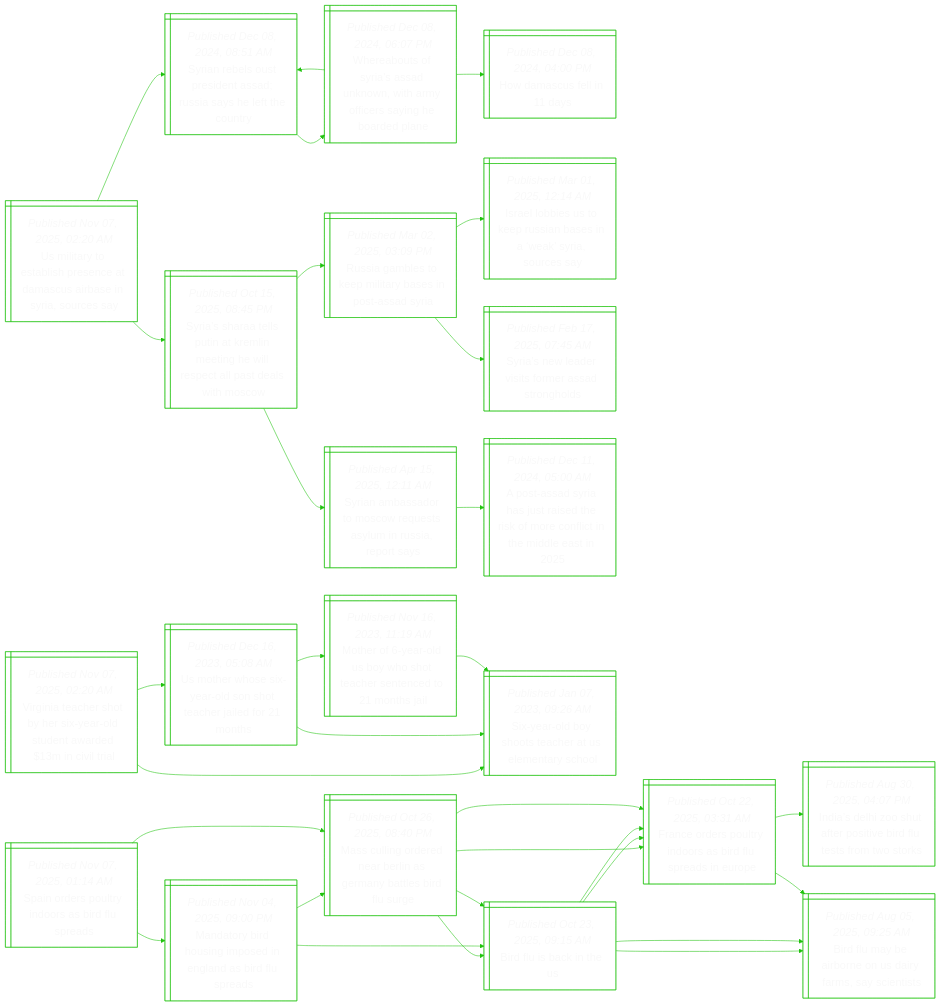
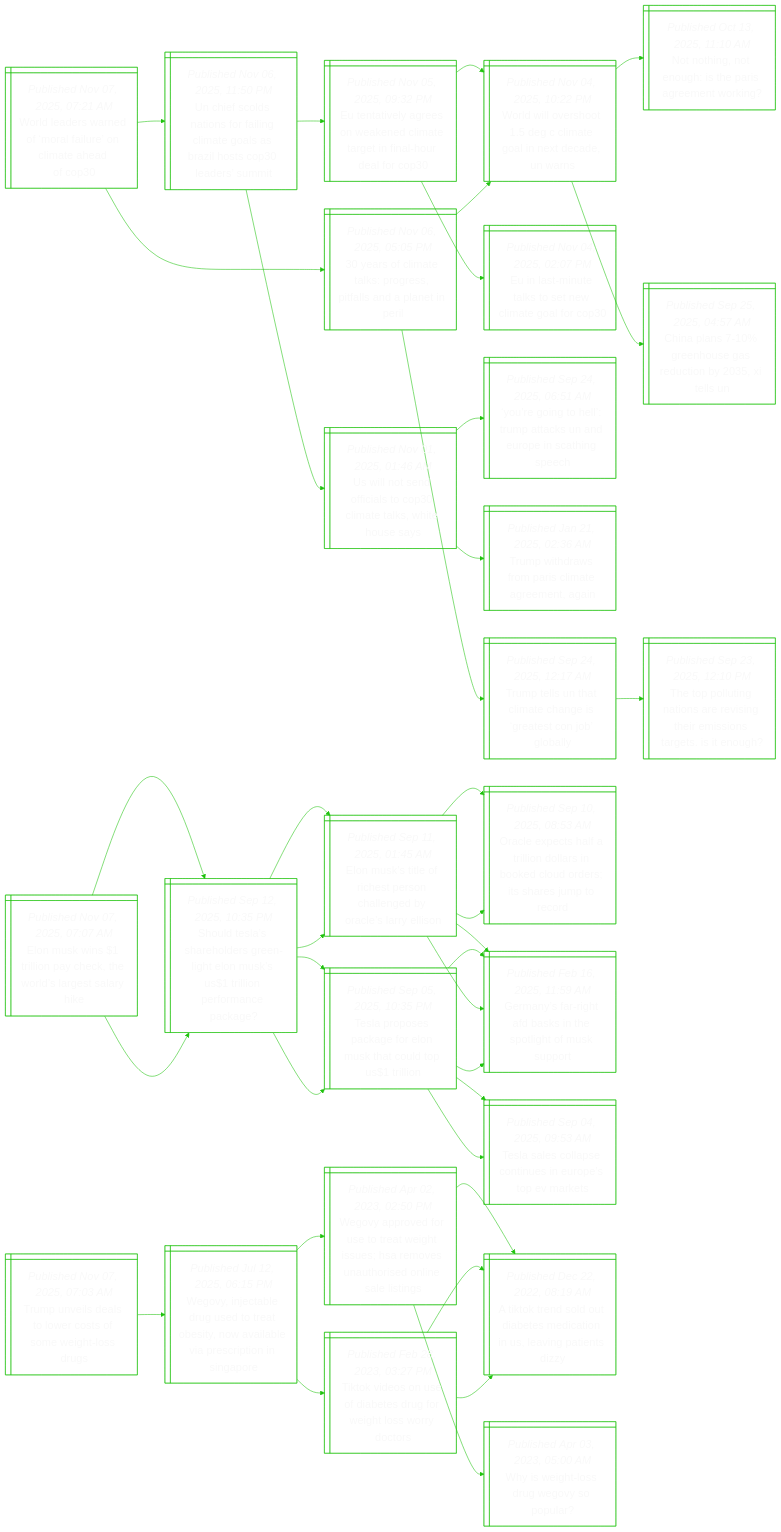
One commit to notJmes/notJmes changed the diagram in README.md. Above: the diagram before and after it, drawn with Mermaid. The commit also changed other lines of this file, not shown here.

````diff
--- a/README.md
+++ b/README.md
@@ -16,103 +16,118 @@
 flowchart LR
 classDef txtsize font-size:20px;
 
-Uitahetsierus@{ shape: win-pane, label: "_Published Nov 07, 2025, 02:20 AM_
-Us military to establish presence at damascus airbase in syria, sources say" }
-SnltiARahtoy@{ shape: win-pane, label: "_Published Dec 08, 2024, 08:51 AM_
-Syrian rebels oust president assad; russia says he left the country" }
-Wasrsnnafriben@{ shape: win-pane, label: "_Published Dec 08, 2024, 06:07 PM_
-Whereabouts of syria's assad unknown, with army officers saying he boarded plane" }
-SnltiARahtoy@{ shape: win-pane, label: "_Published Dec 08, 2024, 08:51 AM_
-Syrian rebels oust president assad; russia says he left the country" }
-Hmsis@{ shape: win-pane, label: "_Published Dec 08, 2024, 04:00 PM_
-How damascus fell in 11 days" }
-Ssalirniwetaatc@{ shape: win-pane, label: "_Published Oct 15, 2025, 08:45 PM_
-Syria’s sharaa tells putin at kremlin meeting he will respect all past deals with moscow" }
-Ralkireosr@{ shape: win-pane, label: "_Published Mar 02, 2025, 03:09 PM_
-Russia gambles to keep military bases in post-assad syria" }
-IlitpisaSse@{ shape: win-pane, label: "_Published Mar 01, 2025, 12:14 AM_
-Israel lobbies us to keep russian bases in a ‘weak’ syria, sources say" }
-Ssevseaol@{ shape: win-pane, label: "_Published Feb 17, 2025, 07:45 AM_
-Syria’s new leader visits former assad strongholds" }
-SnsrsetlRars@{ shape: win-pane, label: "_Published Apr 15, 2025, 12:11 AM_
-Syrian ambassador to moscow requests asylum in russia, report says" }
-AAShsseoelniEn@{ shape: win-pane, label: "_Published Dec 11, 2024, 05:00 AM_
-A post-assad syria has just raised the risk of more conflict in the middle east in 2025" }
+WlrnmfrledP@{ shape: win-pane, label: "_Published Nov 07, 2025, 07:21 AM_
+World leaders warned of ‘moral failure’ on climate ahead of cop30" }
+UeltfictlrhCast@{ shape: win-pane, label: "_Published Nov 06, 2025, 11:50 PM_
+Un chief scolds nations for failing climate goals as brazil hosts cop30 leaders’ summit" }
+EterneleeioaC@{ shape: win-pane, label: "_Published Nov 05, 2025, 09:32 PM_
+Eu tentatively agrees on weakened climate target in final-hour deal for cop30" }
+WwvogmoneUn@{ shape: win-pane, label: "_Published Nov 04, 2025, 10:22 PM_
+World will overshoot 1.5 deg c climate goal in next decade, un warns" }
+Eanaoemor@{ shape: win-pane, label: "_Published Nov 04, 2025, 02:07 PM_
+Eu in last-minute talks to set new climate goal for cop30" }
+UleflOmahoa@{ shape: win-pane, label: "_Published Nov 01, 2025, 01:46 AM_
+Us will not send officials to cop30 climate talks, white house says" }
+Ygtlpcarnhp@{ shape: win-pane, label: "_Published Sep 24, 2025, 06:51 AM_
+‘you’re going to hell’: trump attacks un and europe in scathing speech" }
+Twrrriamg@{ shape: win-pane, label: "_Published Jan 21, 2025, 02:36 AM_
+Trump withdraws from paris climate agreement, again" }
+yomarsfalii@{ shape: win-pane, label: "_Published Nov 06, 2025, 05:05 PM_
+30 years of climate talks: progress, pitfalls and a planet in peril" }
+TtUtaastogl@{ shape: win-pane, label: "_Published Sep 24, 2025, 12:17 AM_
+Trump tells un that climate change is ‘greatest con job’ globally" }
+Tpunnrieingso@{ shape: win-pane, label: "_Published Sep 23, 2025, 12:10 PM_
+The top polluting nations are revising their emissions targets. is it enough?" }
+WwvogmoneUn@{ shape: win-pane, label: "_Published Nov 04, 2025, 10:22 PM_
+World will overshoot 1.5 deg c climate goal in next decade, un warns" }
+Ntnosager@{ shape: win-pane, label: "_Published Oct 13, 2025, 11:10 AM_
+Not nothing, not enough: is the paris agreement working?" }
+Cpghgdois@{ shape: win-pane, label: "_Published Sep 25, 2025, 04:57 AM_
+China plans 7-10% greenhouse gas reduction by 2035, xi tells un" }
 
-Uitahetsierus:::txtsize --> SnltiARahtoy:::txtsize
-SnltiARahtoy:::txtsize --> Wasrsnnafriben:::txtsize
-Wasrsnnafriben:::txtsize --> SnltiARahtoy:::txtsize
-Wasrsnnafriben:::txtsize --> Hmsis:::txtsize
-Uitahetsierus:::txtsize --> Ssalirniwetaatc:::txtsize
-Ssalirniwetaatc:::txtsize --> Ralkireosr:::txtsize
-Ralkireosr:::txtsize --> IlitpisaSse:::txtsize
-Ralkireosr:::txtsize --> Ssevseaol:::txtsize
-Ssalirniwetaatc:::txtsize --> SnsrsetlRars:::txtsize
-SnsrsetlRars:::txtsize --> AAShsseoelniEn:::txtsize
+WlrnmfrledP:::txtsize --> UeltfictlrhCast:::txtsize
+UeltfictlrhCast:::txtsize --> EterneleeioaC:::txtsize
+EterneleeioaC:::txtsize --> WwvogmoneUn:::txtsize
+EterneleeioaC:::txtsize --> Eanaoemor:::txtsize
+UeltfictlrhCast:::txtsize --> UleflOmahoa:::txtsize
+UleflOmahoa:::txtsize --> Ygtlpcarnhp:::txtsize
+UleflOmahoa:::txtsize --> Twrrriamg:::txtsize
+WlrnmfrledP:::txtsize --> yomarsfalii:::txtsize
+yomarsfalii:::txtsize --> TtUtaastogl:::txtsize
+TtUtaastogl:::txtsize --> Tpunnrieingso:::txtsize
+yomarsfalii:::txtsize --> WwvogmoneUn:::txtsize
+WwvogmoneUn:::txtsize --> Ntnosager:::txtsize
+WwvogmoneUn:::txtsize --> Cpghgdois:::txtsize
 
-Vnasyirttdnll@{ shape: win-pane, label: "_Published Nov 07, 2025, 02:20 AM_
-Virginia teacher shot by her six-year-old student awarded $13m in civil trial" }
-Saboerensl@{ shape: win-pane, label: "_Published Jan 07, 2023, 09:26 AM_
-Six-year-old boy shoots teacher at us elementary school" }
-Uhoxontelrh@{ shape: win-pane, label: "_Published Dec 16, 2023, 05:08 AM_
-Us mother whose six-year-old son shot teacher jailed for 21 months" }
-Saboerensl@{ shape: win-pane, label: "_Published Jan 07, 2023, 09:26 AM_
-Six-year-old boy shoots teacher at us elementary school" }
-MraUwocecms@{ shape: win-pane, label: "_Published Nov 16, 2023, 11:19 AM_
-Mother of 6-year-old us boy who shot teacher sentenced to 21 months jail" }
-Saboerensl@{ shape: win-pane, label: "_Published Jan 07, 2023, 09:26 AM_
-Six-year-old boy shoots teacher at us elementary school" }
+Eunlpeedgah@{ shape: win-pane, label: "_Published Nov 07, 2025, 07:07 AM_
+Elon musk wins $1 trillion pay check, the world’s largest salary hike" }
+Sdardrilstiraae@{ shape: win-pane, label: "_Published Sep 12, 2025, 10:35 PM_
+Should tesla’s shareholders green-light elon musk’s us$1 trillion performance package?" }
+Euiferhnylrl@{ shape: win-pane, label: "_Published Sep 11, 2025, 01:45 AM_
+Elon musk’s title of richest person challenged by oracle’s larry ellison" }
+Oeclinabddrssto@{ shape: win-pane, label: "_Published Sep 10, 2025, 08:53 AM_
+Oracle expects half a trillion dollars in booked cloud orders; its shares jump to record" }
+GnrtanpgMut@{ shape: win-pane, label: "_Published Feb 16, 2025, 11:59 AM_
+Germany’s far-right afd basks in the spotlight of musk support" }
+Tpscfokctti@{ shape: win-pane, label: "_Published Sep 05, 2025, 10:35 PM_
+Tesla proposes package for elon musk that could top us$1 trillion" }
+TscpneusVe@{ shape: win-pane, label: "_Published Sep 04, 2025, 09:53 AM_
+Tesla sales collapse continues in europe’s top ev markets" }
+GnrtanpgMut@{ shape: win-pane, label: "_Published Feb 16, 2025, 11:59 AM_
+Germany’s far-right afd basks in the spotlight of musk support" }
+Sdardrilstiraae@{ shape: win-pane, label: "_Published Sep 12, 2025, 10:35 PM_
+Should tesla’s shareholders green-light elon musk’s us$1 trillion performance package?" }
+Euiferhnylrl@{ shape: win-pane, label: "_Published Sep 11, 2025, 01:45 AM_
+Elon musk’s title of richest person challenged by oracle’s larry ellison" }
+Oeclinabddrssto@{ shape: win-pane, label: "_Published Sep 10, 2025, 08:53 AM_
+Oracle expects half a trillion dollars in booked cloud orders; its shares jump to record" }
+GnrtanpgMut@{ shape: win-pane, label: "_Published Feb 16, 2025, 11:59 AM_
+Germany’s far-right afd basks in the spotlight of musk support" }
+Tpscfokctti@{ shape: win-pane, label: "_Published Sep 05, 2025, 10:35 PM_
+Tesla proposes package for elon musk that could top us$1 trillion" }
+TscpneusVe@{ shape: win-pane, label: "_Published Sep 04, 2025, 09:53 AM_
+Tesla sales collapse continues in europe’s top ev markets" }
+GnrtanpgMut@{ shape: win-pane, label: "_Published Feb 16, 2025, 11:59 AM_
+Germany’s far-right afd basks in the spotlight of musk support" }
 
-Vnasyirttdnll:::txtsize --> Saboerensl:::txtsize
-Vnasyirttdnll:::txtsize --> Uhoxontelrh:::txtsize
-Uhoxontelrh:::txtsize --> Saboerensl:::txtsize
-Uhoxontelrh:::txtsize --> MraUwocecms:::txtsize
-MraUwocecms:::txtsize --> Saboerensl:::txtsize
+Eunlpeedgah:::txtsize --> Sdardrilstiraae:::txtsize
+Sdardrilstiraae:::txtsize --> Euiferhnylrl:::txtsize
+Euiferhnylrl:::txtsize --> Oeclinabddrssto:::txtsize
+Euiferhnylrl:::txtsize --> GnrtanpgMut:::txtsize
+Sdardrilstiraae:::txtsize --> Tpscfokctti:::txtsize
+Tpscfokctti:::txtsize --> TscpneusVe:::txtsize
+Tpscfokctti:::txtsize --> GnrtanpgMut:::txtsize
+Eunlpeedgah:::txtsize --> Sdardrilstiraae:::txtsize
+Sdardrilstiraae:::txtsize --> Euiferhnylrl:::txtsize
+Euiferhnylrl:::txtsize --> Oeclinabddrssto:::txtsize
+Euiferhnylrl:::txtsize --> GnrtanpgMut:::txtsize
+Sdardrilstiraae:::txtsize --> Tpscfokctti:::txtsize
+Tpscfokctti:::txtsize --> TscpneusVe:::txtsize
+Tpscfokctti:::txtsize --> GnrtanpgMut:::txtsize
 
-Sostdadps@{ shape: win-pane, label: "_Published Nov 07, 2025, 01:14 AM_
-Spain orders poultry indoors as bird flu spreads" }
-Mtiuiendrsd@{ shape: win-pane, label: "_Published Nov 04, 2025, 09:00 PM_
-Mandatory bird housing imposed in england as bird flu spreads" }
-MugralGntiue@{ shape: win-pane, label: "_Published Oct 26, 2025, 08:40 PM_
-Mass culling ordered near berlin as germany battles bird flu surge" }
-Blat@{ shape: win-pane, label: "_Published Oct 23, 2025, 09:15 AM_
-Bird flu is back in the us" }
-Ferlnsrsdu@{ shape: win-pane, label: "_Published Oct 22, 2025, 03:31 AM_
-France orders poultry indoors as bird flu spreads in europe" }
-Blat@{ shape: win-pane, label: "_Published Oct 23, 2025, 09:15 AM_
-Bird flu is back in the us" }
-Ferlnsrsdu@{ shape: win-pane, label: "_Published Oct 22, 2025, 03:31 AM_
-France orders poultry indoors as bird flu spreads in europe" }
-Blbboaaaet@{ shape: win-pane, label: "_Published Aug 05, 2025, 09:25 AM_
-Bird flu may be airborne on us dairy farms, say scientists" }
-MugralGntiue@{ shape: win-pane, label: "_Published Oct 26, 2025, 08:40 PM_
-Mass culling ordered near berlin as germany battles bird flu surge" }
-Blat@{ shape: win-pane, label: "_Published Oct 23, 2025, 09:15 AM_
-Bird flu is back in the us" }
-Ferlnsrsdu@{ shape: win-pane, label: "_Published Oct 22, 2025, 03:31 AM_
-France orders poultry indoors as bird flu spreads in europe" }
-Blbboaaaet@{ shape: win-pane, label: "_Published Aug 05, 2025, 09:25 AM_
-Bird flu may be airborne on us dairy farms, say scientists" }
-Ferlnsrsdu@{ shape: win-pane, label: "_Published Oct 22, 2025, 03:31 AM_
-France orders poultry indoors as bird flu spreads in europe" }
-Isihtsefsoss@{ shape: win-pane, label: "_Published Aug 30, 2025, 04:07 PM_
-India’s delhi zoo shut after positive bird flu tests from two storks" }
-Blbboaaaet@{ shape: win-pane, label: "_Published Aug 05, 2025, 09:25 AM_
-Bird flu may be airborne on us dairy farms, say scientists" }
+Tulloofwtd@{ shape: win-pane, label: "_Published Nov 07, 2025, 07:03 AM_
+Trump unveils deals to lower costs of some weight-loss drugs" }
+Wyceuotiwlvepige@{ shape: win-pane, label: "_Published Jul 12, 2025, 06:15 PM_
+Wegovy, injectable drug used to treat obesity, now available via prescription in singapore" }
+WyootagsSonodnei@{ shape: win-pane, label: "_Published Apr 02, 2023, 02:50 PM_
+Wegovy approved for use to treat weight issues; hsa removes unauthorised online sale listings" }
+AondieioSitsy@{ shape: win-pane, label: "_Published Dec 22, 2022, 08:19 AM_
+A tiktok trend sold out diabetes medication in us, leaving patients dizzy" }
+Wwtdesu@{ shape: win-pane, label: "_Published Apr 03, 2023, 05:00 AM_
+Why is weight-loss drug wegovy so popular?" }
+Tkosiegeloos@{ shape: win-pane, label: "_Published Feb 28, 2023, 03:27 PM_
+Tiktok videos on use of diabetes drug for weight loss worry doctors" }
+AondieioSitsy@{ shape: win-pane, label: "_Published Dec 22, 2022, 08:19 AM_
+A tiktok trend sold out diabetes medication in us, leaving patients dizzy" }
+AondieioSitsy@{ shape: win-pane, label: "_Published Dec 22, 2022, 08:19 AM_
+A tiktok trend sold out diabetes medication in us, leaving patients dizzy" }
 
-Sostdadps:::txtsize --> Mtiuiendrsd:::txtsize
-Mtiuiendrsd:::txtsize --> MugralGntiue:::txtsize
-MugralGntiue:::txtsize --> Blat:::txtsize
-MugralGntiue:::txtsize --> Ferlnsrsdu:::txtsize
-Mtiuiendrsd:::txtsize --> Blat:::txtsize
-Blat:::txtsize --> Ferlnsrsdu:::txtsize
-Blat:::txtsize --> Blbboaaaet:::txtsize
-Sostdadps:::txtsize --> MugralGntiue:::txtsize
-MugralGntiue:::txtsize --> Blat:::txtsize
-Blat:::txtsize --> Ferlnsrsdu:::txtsize
-Blat:::txtsize --> Blbboaaaet:::txtsize
-MugralGntiue:::txtsize --> Ferlnsrsdu:::txtsize
-Ferlnsrsdu:::txtsize --> Isihtsefsoss:::txtsize
-Ferlnsrsdu:::txtsize --> Blbboaaaet:::txtsize
+Tulloofwtd:::txtsize --> Wyceuotiwlvepige:::txtsize
+Wyceuotiwlvepige:::txtsize --> WyootagsSonodnei:::txtsize
+WyootagsSonodnei:::txtsize --> AondieioSitsy:::txtsize
+WyootagsSonodnei:::txtsize --> Wwtdesu:::txtsize
+Wyceuotiwlvepige:::txtsize --> Tkosiegeloos:::txtsize
+Tkosiegeloos:::txtsize --> AondieioSitsy:::txtsize
+Tkosiegeloos:::txtsize --> AondieioSitsy:::txtsize
 
 ```
````
